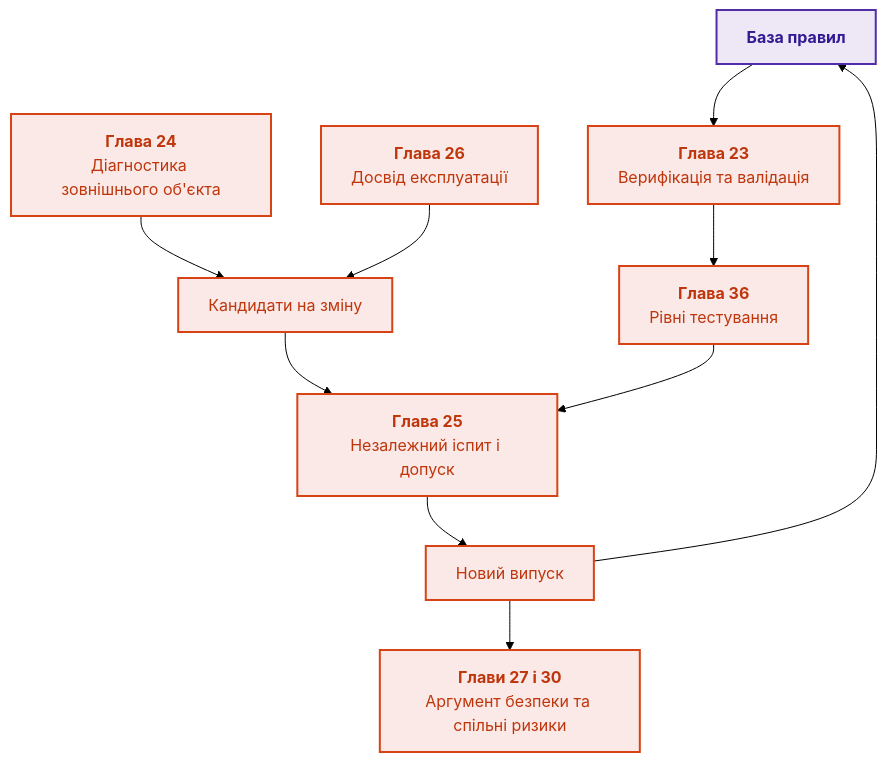
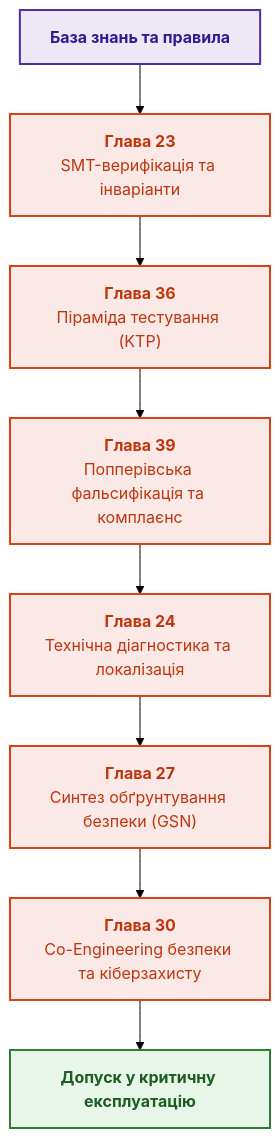
One commit to nick-fedchik/articles changed the diagram in ExpertSystem/part-05-verification-and-learning.md. Above: the diagram before and after it, drawn with Mermaid (forest theme). The commit also changed other lines of this file and 6 other files, not shown here.

````diff
--- a/ExpertSystem/part-05-verification-and-learning.md
+++ b/ExpertSystem/part-05-verification-and-learning.md
@@ -19,21 +19,21 @@
 ```mermaid
 flowchart TD
-    accTitle: Цикл надійності та навчання Частини V
-    accDescr: Перевірка правил і діагностика дають матеріал для незалежного іспиту, керованого випуску та обґрунтування безпеки.
+    accTitle: Конвеєр верифікації, валідації та доказу безпеки (V&V)
+    accDescr: Від формальної верифікації та піраміди тестування через попперівський аудит до діагностики та обґрунтування безпеки.
 
-    KB["<b>База правил</b>"] --> VER["<b>Глава 23</b><br/>Верифікація та валідація"]
-    VER --> TEST["<b>Глава 36</b><br/>Рівні тестування"]
-    DIAG["<b>Глава 24</b><br/>Діагностика зовнішнього об'єкта"] --> CAND["Кандидати на зміну"]
-    LEARN["<b>Глава 26</b><br/>Досвід експлуатації"] --> CAND
-    CAND --> EXAM["<b>Глава 25</b><br/>Незалежний іспит і допуск"]
-    TEST --> EXAM
-    EXAM --> RELEASE["Новий випуск"]
-    RELEASE --> KB
-    RELEASE --> CASE["<b>Глави 27 і 30</b><br/>Аргумент безпеки та спільні ризики"]
+    KB["<b>База знань та правила</b>"] --> VER["<b>Глава 23</b><br/>SMT-верифікація та інваріанти"]
+    VER --> TEST["<b>Глава 36</b><br/>Піраміда тестування (KTP)"]
+    TEST --> POPP["<b>Глава 39</b><br/>Попперівська фальсифікація та комплаєнс"]
+    POPP --> DIAG["<b>Глава 24</b><br/>Технічна діагностика та локалізація"]
+    DIAG --> GSN["<b>Глава 27</b><br/>Синтез обґрунтування безпеки (GSN)"]
+    GSN --> COENG["<b>Глава 30</b><br/>Co-Engineering безпеки та кіберзахисту"]
+    COENG --> ACC["<b>Допуск у критичну експлуатацію</b>"]
 
     classDef proc fill:#fbe9e7,stroke:#d84315,stroke-width:2px,color:#bf360c;
     classDef base fill:#ede7f6,stroke:#512da8,stroke-width:2px,color:#311b92;
+    classDef out fill:#e8f5e9,stroke:#2e7d32,stroke-width:2px,color:#1b5e20;
 
     class KB base;
-    class VER,TEST,DIAG,CAND,EXAM,LEARN,RELEASE,CASE proc;
+    class VER,TEST,POPP,DIAG,GSN,COENG proc;
+    class ACC out;
 ```
````
